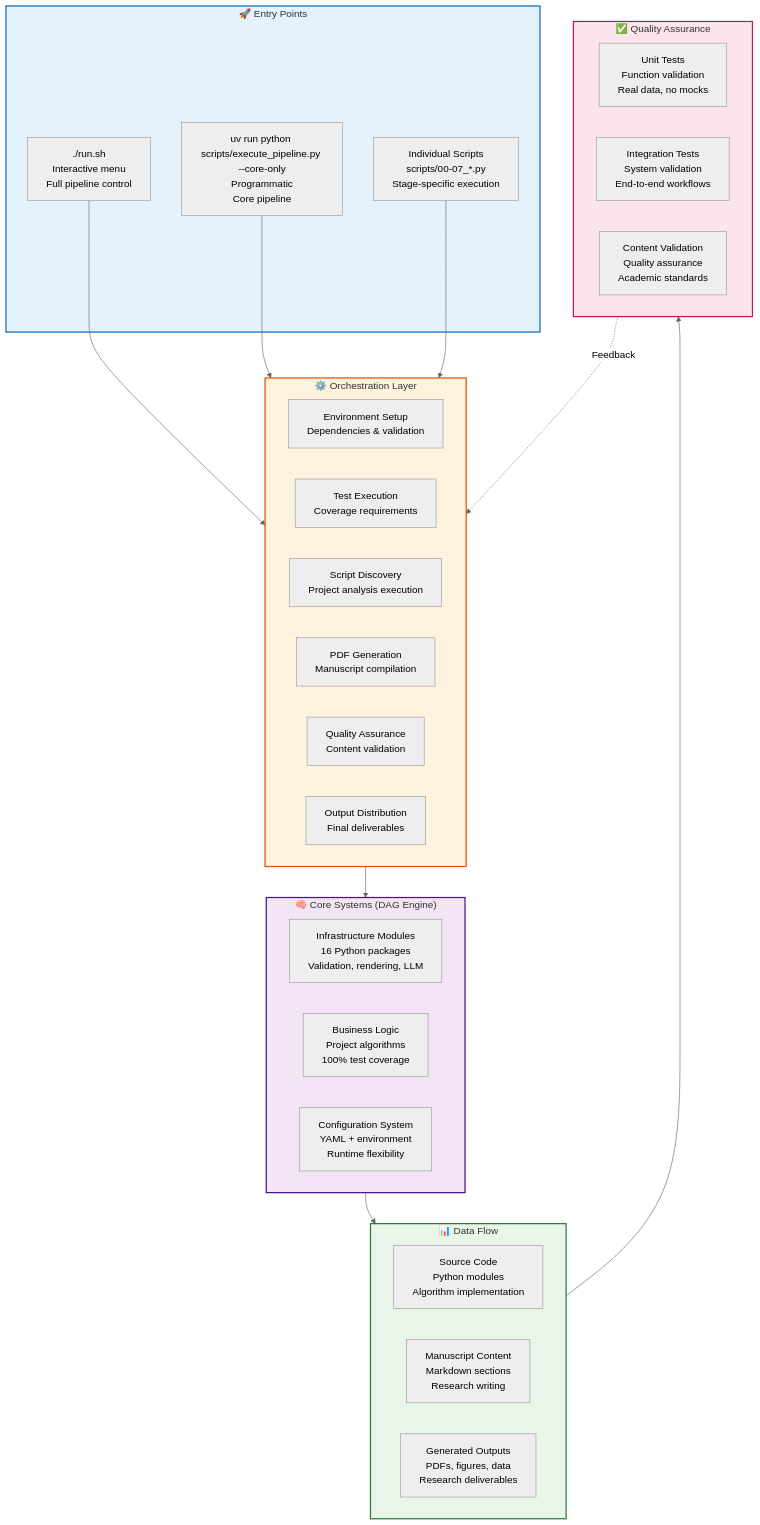
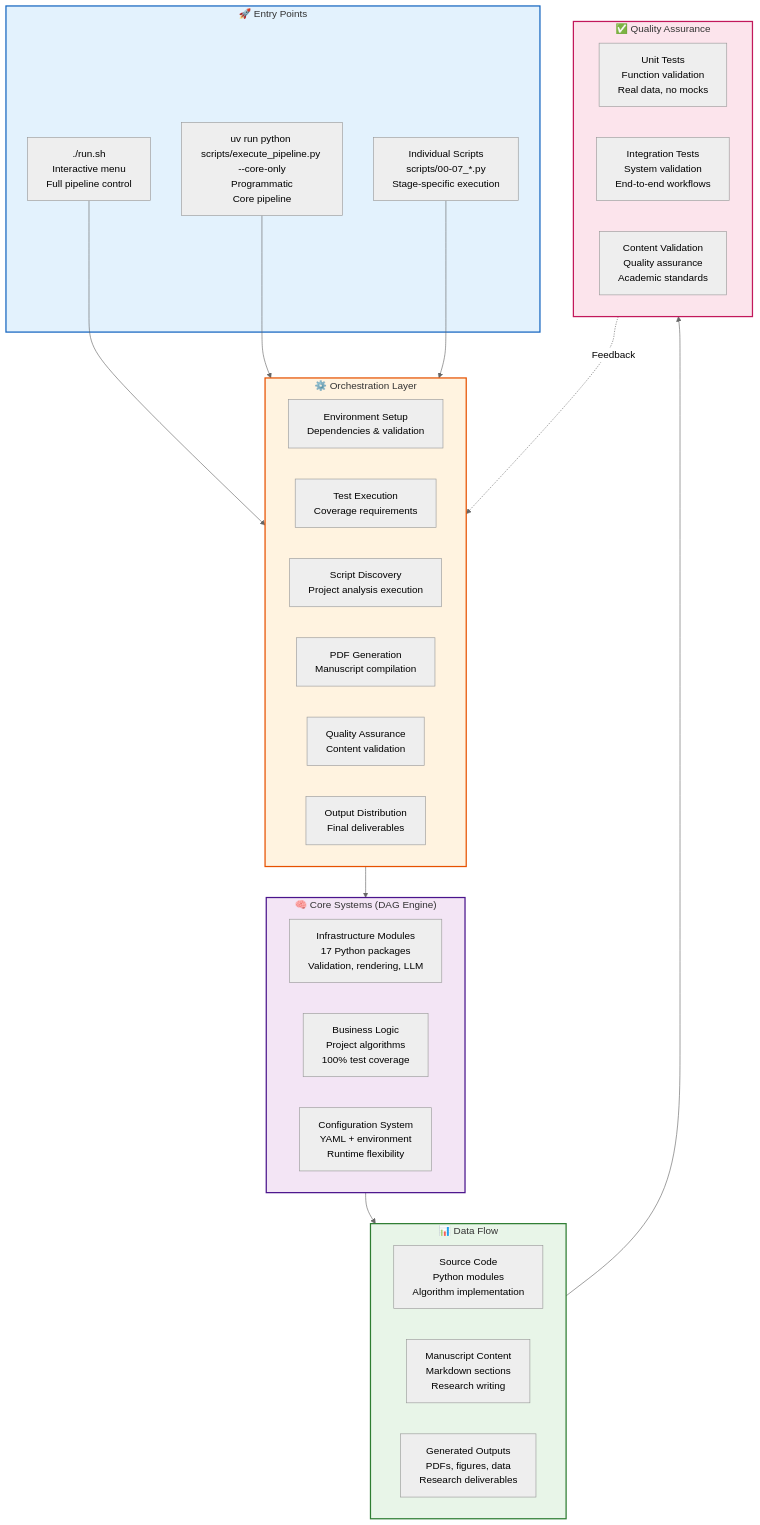
Before and after one commit to docxology/template: the third of 8 diagrams in .github/README.md, drawn with Mermaid (neutral theme). The commit also changed other lines of this file and 482 other files, not shown here.

````diff
--- a/.github/README.md
+++ b/.github/README.md
@@ -182,57 +182,57 @@
 ```mermaid
 graph TB
     subgraph Entry["🚀 Entry Points"]
         RUNSH[./run.sh<br/>Interactive menu<br/>Full pipeline control]
         RUNALL[uv run python scripts/execute_pipeline.py --core-only<br/>Programmatic<br/>Core pipeline]
         INDIVIDUAL[Individual Scripts<br/>scripts/00-07_*.py<br/>Stage-specific execution]
     end
 
     subgraph Orchestration["⚙️ Orchestration Layer"]
         SETUP[Environment Setup<br/>Dependencies & validation]
         TESTING[Test Execution<br/>Coverage requirements]
         ANALYSIS[Script Discovery<br/>Project analysis execution]
         RENDERING[PDF Generation<br/>Manuscript compilation]
         VALIDATION[Quality Assurance<br/>Content validation]
         DELIVERY[Output Distribution<br/>Final deliverables]
     end
 
     subgraph Core["🧠 Core Systems (DAG Engine)"]
-        INFRASTRUCTURE[Infrastructure Modules<br/>16 Python packages<br/>Validation, rendering, LLM]
+        INFRASTRUCTURE[Infrastructure Modules<br/>17 Python packages<br/>Validation, rendering, LLM]
         BUSINESS_LOGIC[Business Logic<br/>Project algorithms<br/>100% test coverage]
         CONFIGURATION[Configuration System<br/>YAML + environment<br/>Runtime flexibility]
     end
 
     subgraph Data["📊 Data Flow"]
         SOURCE_CODE[Source Code<br/>Python modules<br/>Algorithm implementation]
         MANUSCRIPT_CONTENT[Manuscript Content<br/>Markdown sections<br/>Research writing]
         GENERATED_OUTPUTS[Generated Outputs<br/>PDFs, figures, data<br/>Research deliverables]
     end
 
     subgraph Quality["✅ Quality Assurance"]
         UNIT_TESTS[Unit Tests<br/>Function validation<br/>Real data, no mocks]
         INTEGRATION_TESTS[Integration Tests<br/>System validation<br/>End-to-end workflows]
         VALIDATION_CHECKS[Content Validation<br/>Quality assurance<br/>Academic standards]
     end
 
     RUNSH --> Orchestration
     RUNALL --> Orchestration
     INDIVIDUAL --> Orchestration
 
     Orchestration --> Core
     Core --> Data
     Data --> Quality
 
     Quality -.->|Feedback| Orchestration
 
     classDef entry fill:#e3f2fd,stroke:#1565c0,stroke-width:2px
     classDef orchestration fill:#fff3e0,stroke:#e65100,stroke-width:2px
     classDef core fill:#f3e5f5,stroke:#4a148c,stroke-width:2px
     classDef data fill:#e8f5e8,stroke:#2e7d32,stroke-width:2px
     classDef quality fill:#fce4ec,stroke:#c2185b,stroke-width:2px
 
     class Entry entry
     class Orchestration orchestration
     class Core core
     class Data data
     class Quality quality
 ```
````
